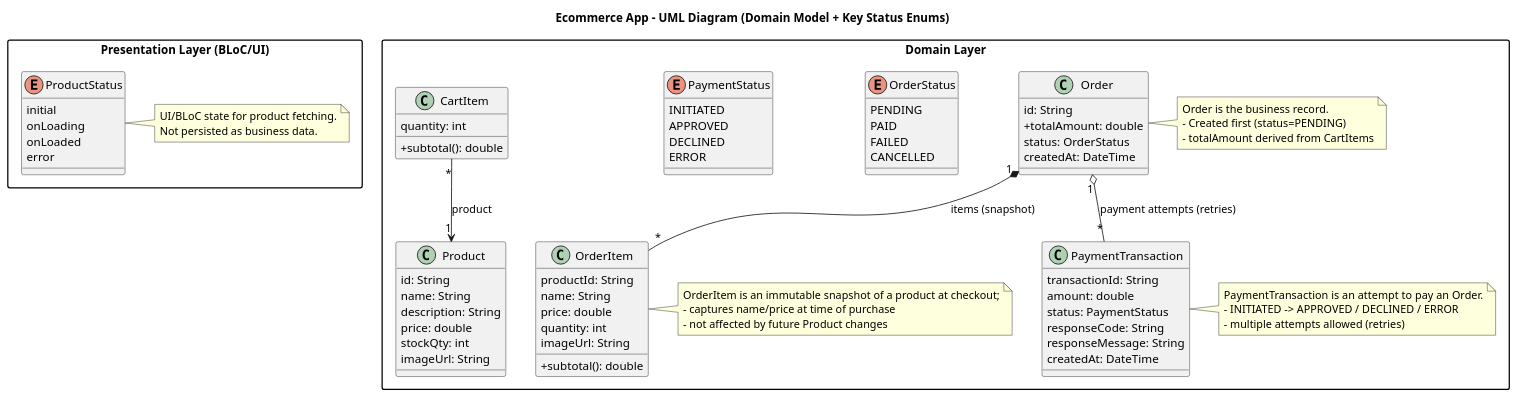
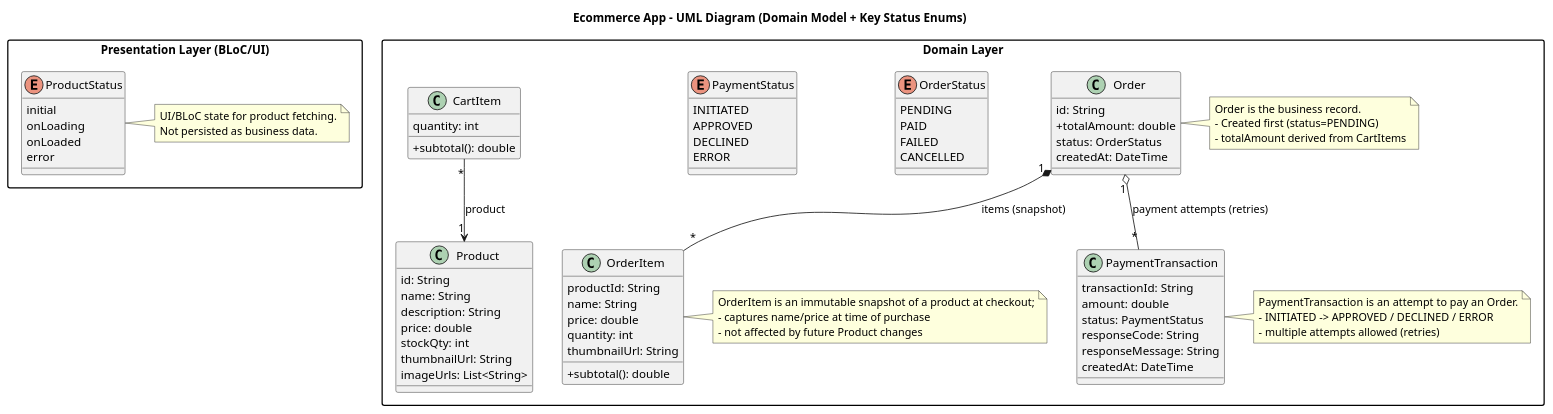
The diagram in docs/ecomm_domain_model.puml (jcleong24/flutter_user_ecomm_app), drawn with PlantUML before and after one commit.

Commit message:
changes imageUrl to thumbnailUrl

```diff
--- a/docs/ecomm_domain_model.puml
+++ b/docs/ecomm_domain_model.puml
@@ -1,111 +1,112 @@
 @startuml ecomm_uml_diagram
 title Ecommerce App - UML Diagram (Domain Model + Key Status Enums)
 
 skinparam packageStyle rectangle
 skinparam classAttributeIconSize 0
 
 ' =========================
 ' Presentation Layer Enums
 ' =========================
 package "Presentation Layer (BLoC/UI)" {
   enum ProductStatus {
     initial
     onLoading
     onLoaded
     error
   }
 
   note right of ProductStatus
   UI/BLoC state for product fetching.
   Not persisted as business data.
   end note
 }
 
 ' =========================
 ' Domain Layer Enums
 ' =========================
 package "Domain Layer" {
 
   enum OrderStatus {
     PENDING
     PAID
     FAILED
     CANCELLED
   }
 
   enum PaymentStatus {
     INITIATED
     APPROVED
     DECLINED
     ERROR
   }
 
   class Product {
     id: String
     name: String
     description: String
     price: double
     stockQty: int
-    imageUrl: String
+    thumbnailUrl: String
+    imageUrls: List<String>
   }
 
   class CartItem {
     quantity: int
     +subtotal(): double
   }
 
   class OrderItem {
     productId: String
     name: String
     price: double
     quantity: int
-    imageUrl: String
+    thumbnailUrl: String
     +subtotal(): double
   }
 
   class Order {
     id: String
     +totalAmount: double
     status: OrderStatus
     createdAt: DateTime
   }
 
   class PaymentTransaction {
     transactionId: String
     amount: double
     status: PaymentStatus
     responseCode: String
     responseMessage: String
     createdAt: DateTime
   }
 
   ' =========================
   ' Relationships
   ' =========================
   CartItem "*" --> "1" Product : product
   Order "1" *-- "*" OrderItem : items (snapshot)
   Order "1" o-- "*" PaymentTransaction : payment attempts (retries)
 
   ' =========================
   ' Notes (business meaning)
   ' =========================
   note right of Order
   Order is the business record.
   - Created first (status=PENDING)
   - totalAmount derived from CartItems
   end note
 
   note right of OrderItem
   OrderItem is an immutable snapshot of a product at checkout;
   - captures name/price at time of purchase
   - not affected by future Product changes
   end note
 
   note right of PaymentTransaction
   PaymentTransaction is an attempt to pay an Order.
   - INITIATED -> APPROVED / DECLINED / ERROR
   - multiple attempts allowed (retries)
   end note
 }
 
 @enduml
```
